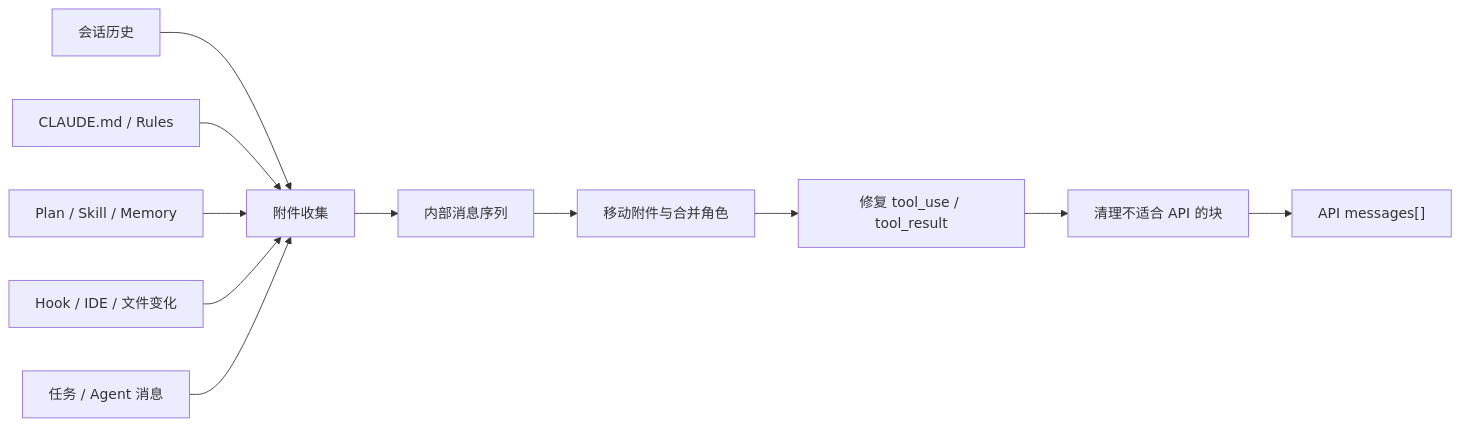
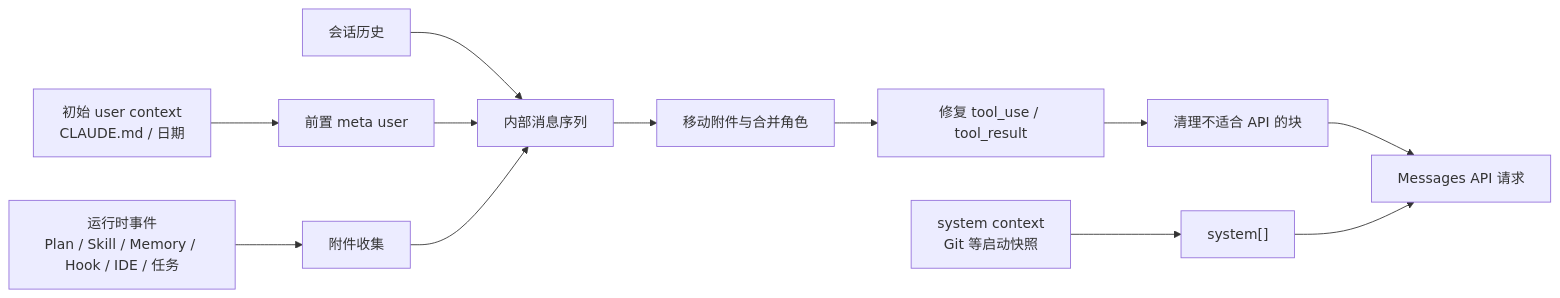
One commit to day0n/analysis-claude-code changed the diagram in book/05-上下文编译.md. Above: the diagram before and after it, drawn with Mermaid. The commit also changed other lines of this file and 2 other files, not shown here.

Commit message:
docs: clarify worker context and tool ownership

````diff
--- a/book/05-上下文编译.md
+++ b/book/05-上下文编译.md
@@ -7,13 +7,14 @@
 ```mermaid
 flowchart LR
-    S1["会话历史"] --> A["附件收集"]
-    S2["CLAUDE.md / Rules"] --> A
-    S3["Plan / Skill / Memory"] --> A
-    S4["Hook / IDE / 文件变化"] --> A
-    S5["任务 / Agent 消息"] --> A
-    A --> N["内部消息序列"]
+    S1["system context<br/>Git 等启动快照"] --> Y["system[]"]
+    S2["会话历史"] --> N["内部消息序列"]
+    S3["初始 user context<br/>CLAUDE.md / 日期"] --> U["前置 meta user"]
+    U --> N
+    S4["运行时事件<br/>Plan / Skill / Memory / Hook / IDE / 任务"] --> A["附件收集"]
+    A --> N
     N --> M["移动附件与合并角色"]
     M --> T["修复 tool_use / tool_result"]
     T --> C["清理不适合 API 的块"]
-    C --> R["API messages[]"]
+    C --> R["Messages API 请求"]
+    Y --> R
 ```
````
